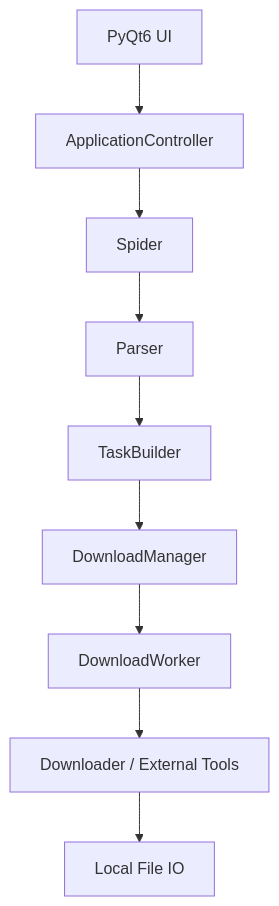
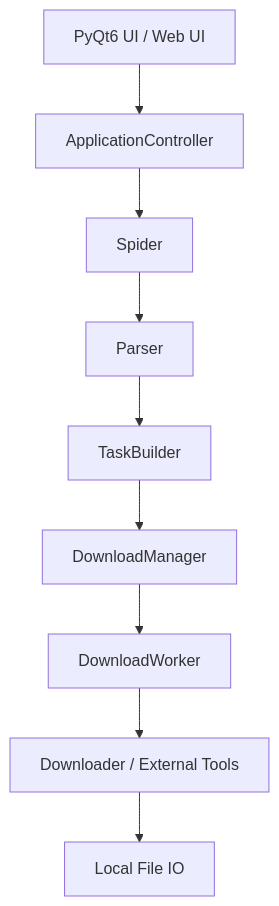
Before and after one commit to haohaizi554/UniversalCrawler: the diagram in README.md, drawn with Mermaid. The commit also changed other lines of this file and 32 other files, not shown here.

Commit message:
feat: 扩写README、新增Web UI、修复打包图标/安装向导/WebUI等问题

````diff
--- a/README.md
+++ b/README.md
@@ -248,11 +318,11 @@
 ```mermaid
 graph TD
-    UI[PyQt6 UI] --> CTRL[ApplicationController]
+    UI[PyQt6 UI / Web UI] --> CTRL[ApplicationController]
     CTRL --> SPIDER[Spider]
     SPIDER --> PARSER[Parser]
     PARSER --> BUILDER[TaskBuilder]
     BUILDER --> MANAGER[DownloadManager]
     MANAGER --> WORKER[DownloadWorker]
     WORKER --> DOWNLOADER[Downloader / External Tools]
     DOWNLOADER --> IO[Local File IO]
 ```
````
